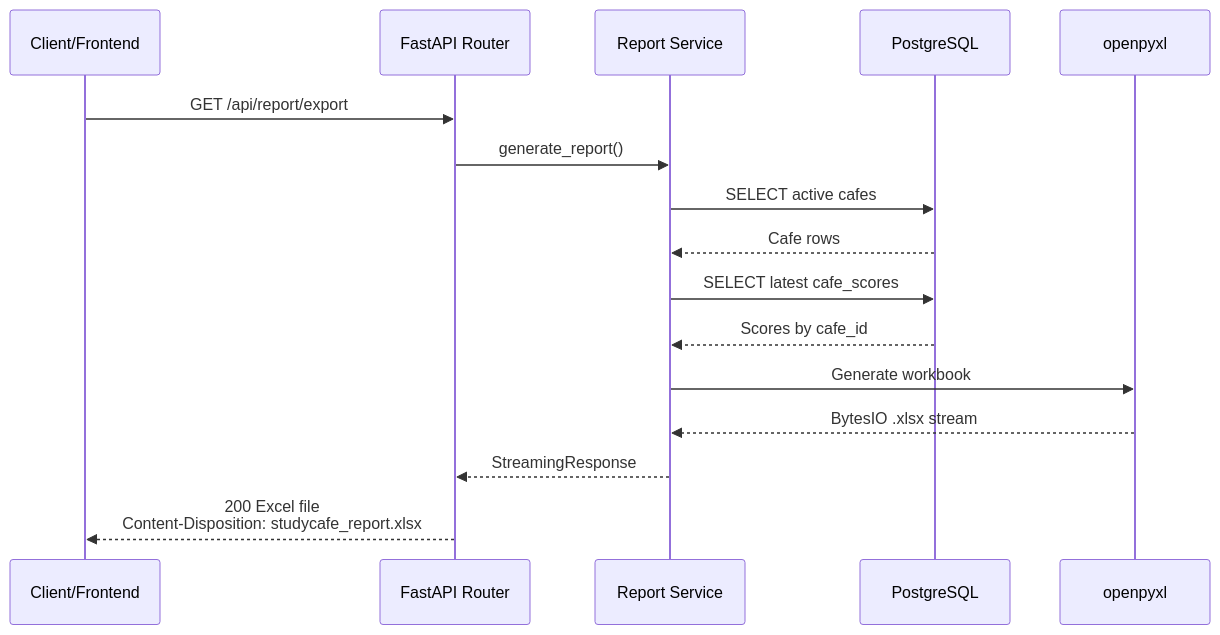
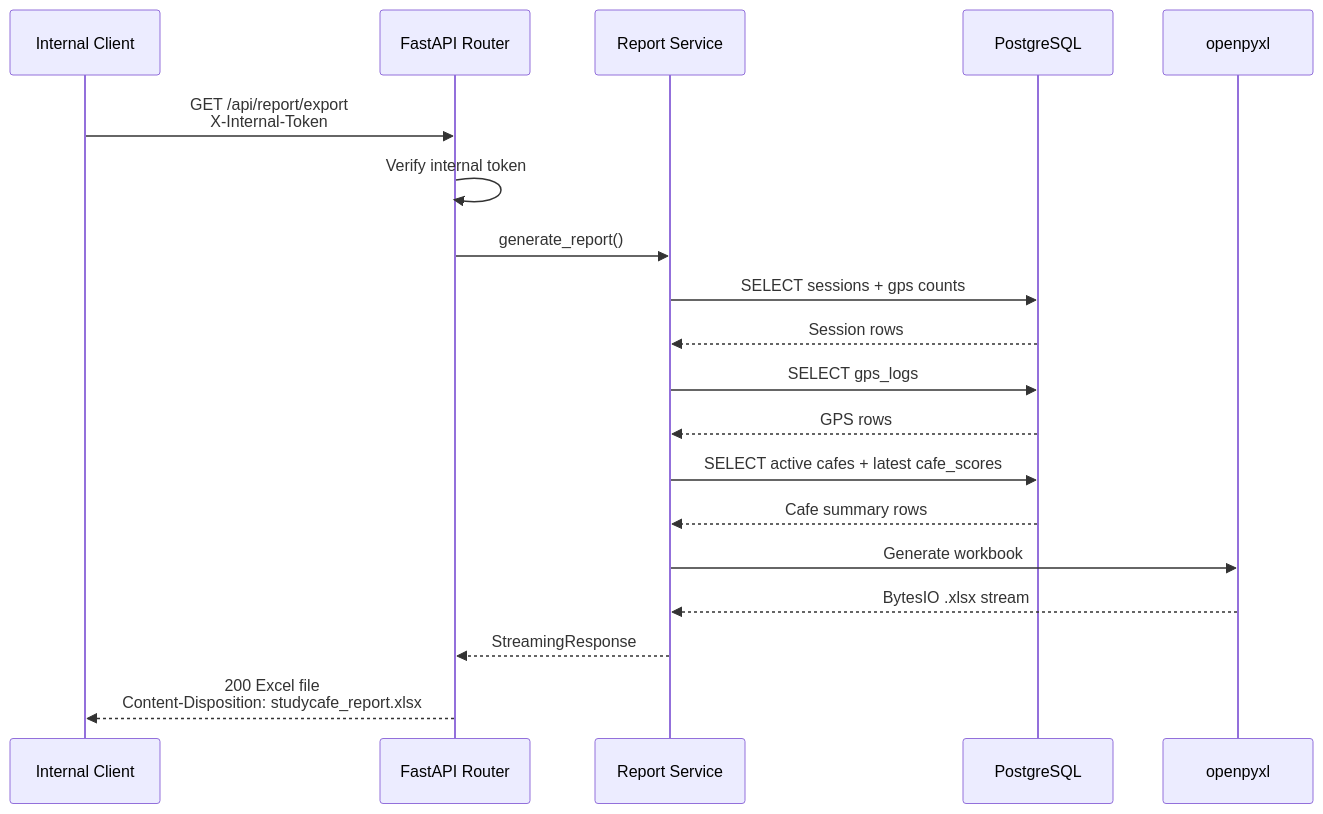
The sixth of 9 diagrams in docs/api_design.md (wduc181/YIRLoDT-StudyCafe-Analytics-System), drawn with Mermaid before and after one commit. The commit also changed other lines of this file and 7 other files, not shown here.

Commit message:
fix: make report export internal

````diff
--- a/docs/api_design.md
+++ b/docs/api_design.md
@@ -587,19 +609,22 @@
 ```mermaid
 sequenceDiagram
-    participant Client as Client/Frontend
+    participant Client as Internal Client
     participant API as FastAPI Router
     participant SVC as Report Service
     participant DB as PostgreSQL
     participant XLSX as openpyxl
 
-    Client->>API: GET /api/report/export
+    Client->>API: GET /api/report/export<br/>X-Internal-Token
+    API->>API: Verify internal token
     API->>SVC: generate_report()
-    SVC->>DB: SELECT active cafes
-    DB-->>SVC: Cafe rows
-    SVC->>DB: SELECT latest cafe_scores
-    DB-->>SVC: Scores by cafe_id
+    SVC->>DB: SELECT sessions + gps counts
+    DB-->>SVC: Session rows
+    SVC->>DB: SELECT gps_logs
+    DB-->>SVC: GPS rows
+    SVC->>DB: SELECT active cafes + latest cafe_scores
+    DB-->>SVC: Cafe summary rows
     SVC->>XLSX: Generate workbook
     XLSX-->>SVC: BytesIO .xlsx stream
     SVC-->>API: StreamingResponse
     API-->>Client: 200 Excel file<br/>Content-Disposition: studycafe_report.xlsx
 ```
````
